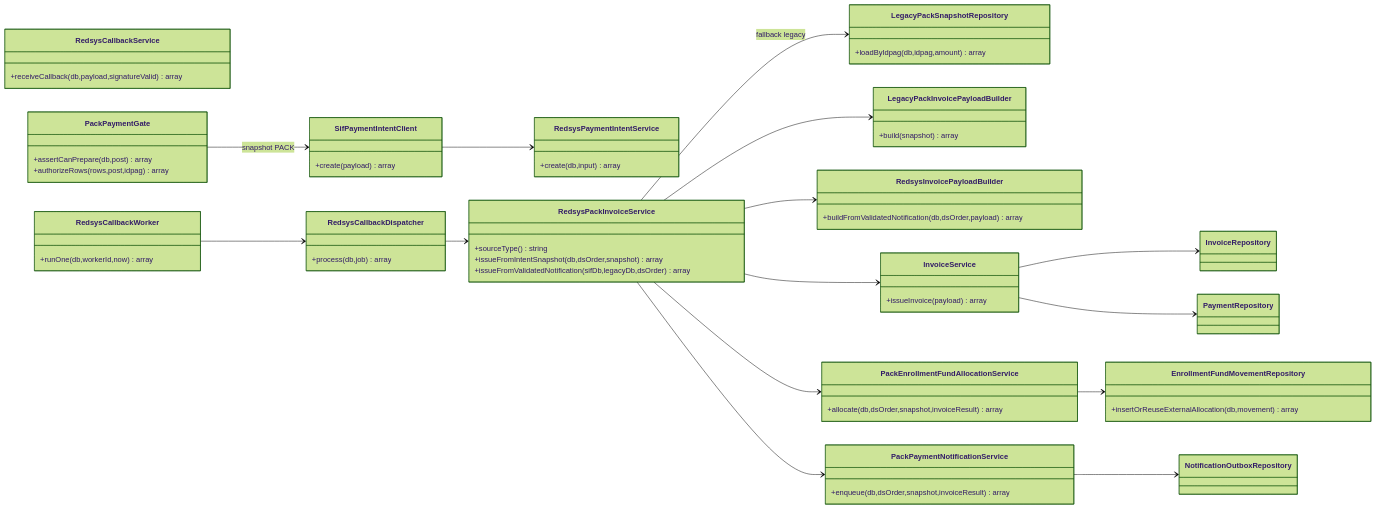
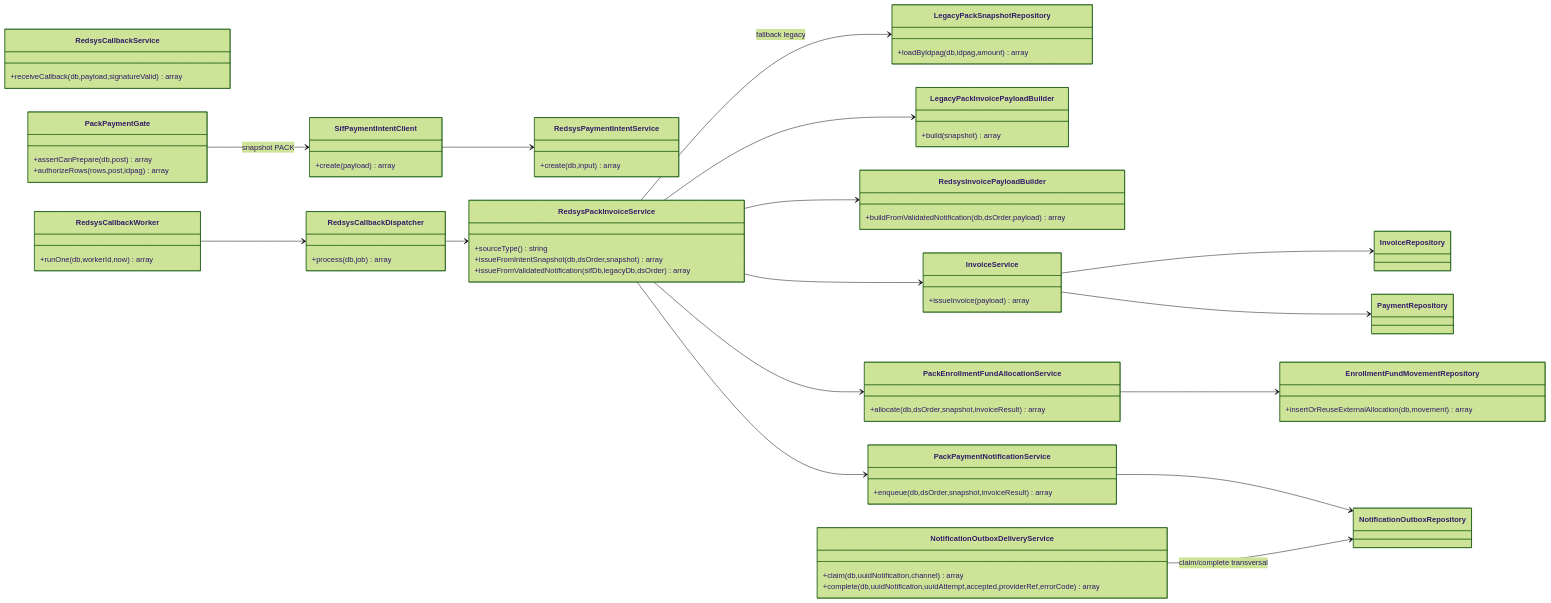
One commit to orgmeriemprismacat-del/verifactu changed the second of 3 diagrams in documentacio/07-uml-integrat/uc-015-classes-actual-final.md. Above: the diagram before and after it, drawn with Mermaid (forest theme). The commit also changed other lines of this file, not shown here.

Commit message:
docs(UC-015): incorporar delivery gate als diagrames de classes

````diff
--- a/documentacio/07-uml-integrat/uc-015-classes-actual-final.md
+++ b/documentacio/07-uml-integrat/uc-015-classes-actual-final.md
@@ -67,67 +67,72 @@
 ```mermaid
 classDiagram
 direction LR
 class RedsysPaymentIntentService {
   +create(db,input) array
 }
 class RedsysCallbackService {
   +receiveCallback(db,payload,signatureValid) array
 }
 class RedsysCallbackDispatcher {
   +process(db,job) array
 }
 class RedsysCallbackWorker {
   +runOne(db,workerId,now) array
 }
 class RedsysPackInvoiceService {
   +sourceType() string
   +issueFromIntentSnapshot(db,dsOrder,snapshot) array
   +issueFromValidatedNotification(sifDb,legacyDb,dsOrder) array
 }
 class LegacyPackSnapshotRepository {
   +loadByIdpag(db,idpag,amount) array
 }
 class LegacyPackInvoicePayloadBuilder {
   +build(snapshot) array
 }
 class RedsysInvoicePayloadBuilder {
   +buildFromValidatedNotification(db,dsOrder,payload) array
 }
 class InvoiceService {
   +issueInvoice(payload) array
 }
 class InvoiceRepository
 class PaymentRepository
 class PackPaymentGate {
   +assertCanPrepare(db,post) array
   +authorizeRows(rows,post,idpag) array
 }
 class SifPaymentIntentClient {
   +create(payload) array
 }
 class PackEnrollmentFundAllocationService {
   +allocate(db,dsOrder,snapshot,invoiceResult) array
 }
 class EnrollmentFundMovementRepository {
   +insertOrReuseExternalAllocation(db,movement) array
 }
 class PackPaymentNotificationService {
   +enqueue(db,dsOrder,snapshot,invoiceResult) array
 }
 class NotificationOutboxRepository
+class NotificationOutboxDeliveryService {
+  +claim(db,uuidNotification,channel) array
+  +complete(db,uuidNotification,uuidAttempt,accepted,providerRef,errorCode) array
+}
 
 RedsysCallbackWorker --> RedsysCallbackDispatcher
 RedsysCallbackDispatcher --> RedsysPackInvoiceService
 RedsysPackInvoiceService --> LegacyPackInvoicePayloadBuilder
 RedsysPackInvoiceService --> RedsysInvoicePayloadBuilder
 RedsysPackInvoiceService --> LegacyPackSnapshotRepository : fallback legacy
 PackPaymentGate --> SifPaymentIntentClient : snapshot PACK
 SifPaymentIntentClient --> RedsysPaymentIntentService
 RedsysPackInvoiceService --> InvoiceService
 RedsysPackInvoiceService --> PackEnrollmentFundAllocationService
 PackEnrollmentFundAllocationService --> EnrollmentFundMovementRepository
 RedsysPackInvoiceService --> PackPaymentNotificationService
 PackPaymentNotificationService --> NotificationOutboxRepository
+NotificationOutboxDeliveryService --> NotificationOutboxRepository : claim/complete transversal
 InvoiceService --> InvoiceRepository
 InvoiceService --> PaymentRepository
 ```
````
